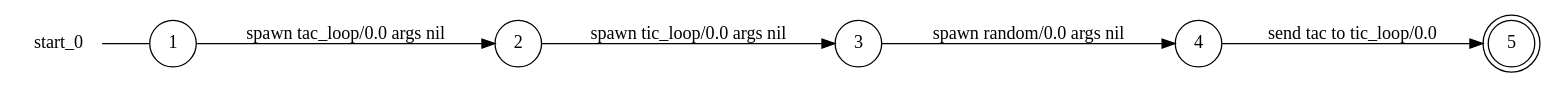
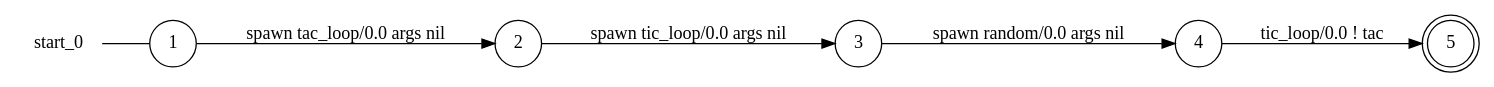
The diagram in examples/ticktackstop/start_0_local_view.dot (gabrielegenovese/chorer), drawn with Graphviz before and after one commit. The commit also changed 56 other files, not shown here.

Commit message:
updated send label format in "proc ! data"

```diff
--- a/examples/ticktackstop/start_0_local_view.dot
+++ b/examples/ticktackstop/start_0_local_view.dot
@@ -1,15 +1,15 @@
 digraph start_0 {
 	rankdir="LR";
 	n_0 [label="start_0", shape="plaintext"];
 	n_1 [id="5", shape=circle, label="3"];
 	n_2 [id="1", shape=circle, label="1"];
 	n_0 -> n_2 [arrowhead=none];
 	n_3 [id="2", shape=circle, label="4"];
 	n_4 [id="4", shape=doublecircle, label="5"];
 	n_5 [id="3", shape=circle, label="2"];
 
 	n_1 -> n_3 [id="[$e|2]", label="spawn random/0.0 args nil"];
 	n_2 -> n_5 [id="[$e|3]", label="spawn tac_loop/0.0 args nil"];
-	n_3 -> n_4 [id="[$e|0]", label="send tac to tic_loop/0.0"];
+	n_3 -> n_4 [id="[$e|0]", label="tic_loop/0.0 ! tac"];
 	n_5 -> n_1 [id="[$e|1]", label="spawn tic_loop/0.0 args nil"];
 }
```
